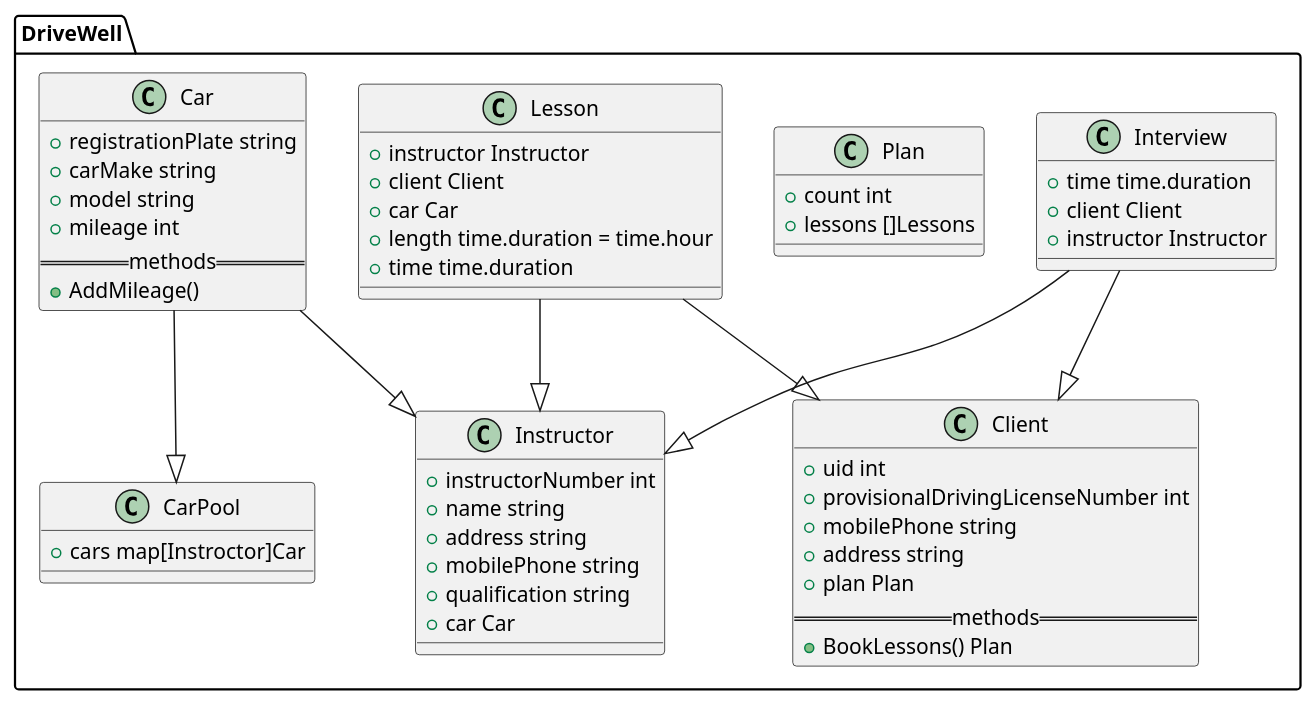
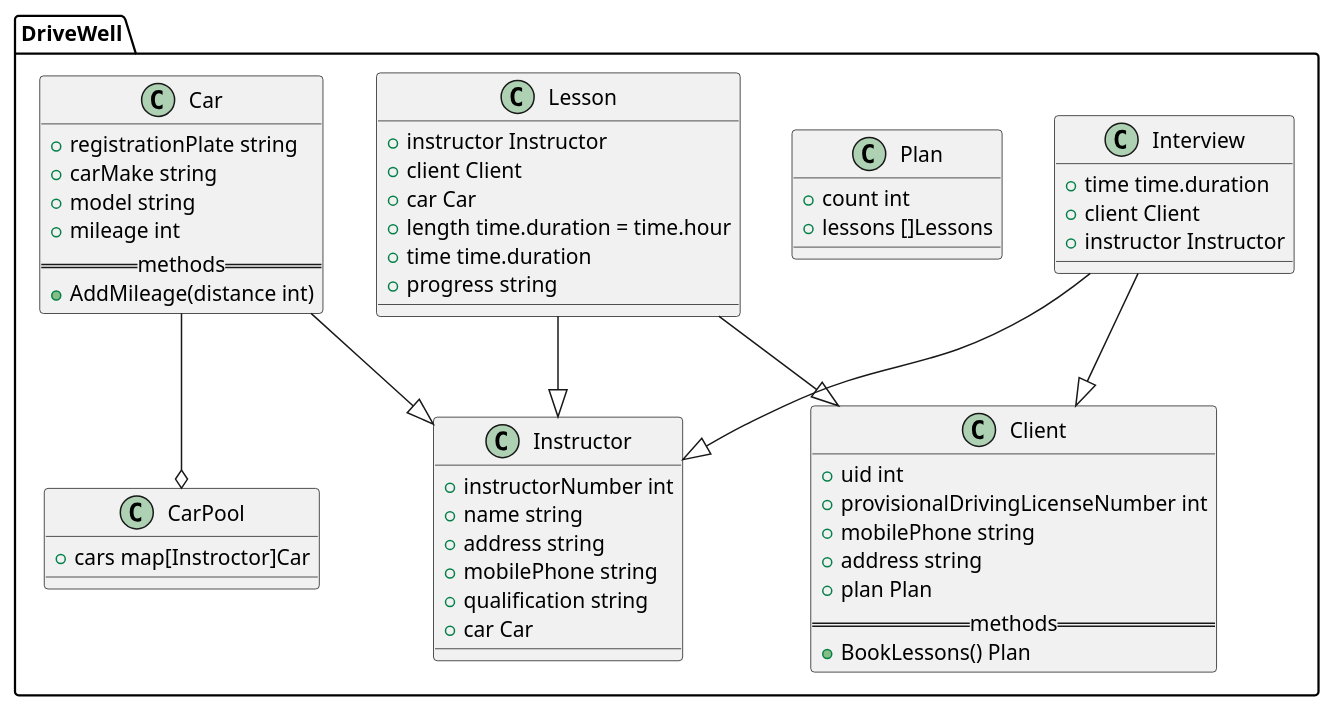
One commit to Anxiu0101/Semester4LectureNotes changed the second of 2 diagrams in CS335FZ-Software-Engineering-Software-Process/FinalExam/SUMMER 2019 EXAMINATION.md. Above: the diagram before and after it, drawn with PlantUML. The commit also changed other lines of this file, not shown here.

Commit message:
vault backup: 2022-06-21 14:39:22

````diff
--- a/CS335FZ-Software-Engineering-Software-Process/FinalExam/SUMMER 2019 EXAMINATION.md
+++ b/CS335FZ-Software-Engineering-Software-Process/FinalExam/SUMMER 2019 EXAMINATION.md
@@ -37,60 +39,61 @@
 ```puml
 package DriveWell {
 	class Instructor {
 		+ instructorNumber int
 		+ name string
 		+ address string
 		+ mobilePhone string
 		+ qualification string
 		+ car Car
 	}
 	
 	class Interview {
 		+ time time.duration
 		+ client Client
 		+ instructor Instructor
 	}
 	Interview --|> Client
 	Interview --|> Instructor
 	
 	class Client {
 		+ uid int
 		+ provisionalDrivingLicenseNumber int
 		+ mobilePhone string
 		+ address string
 		+ plan Plan
 		== methods ==
 		+ BookLessons() Plan
 	}
 	
 	class Plan {
 		+ count int
 		+ lessons []Lessons
 	}
 	
 	class Lesson {
 		+ instructor Instructor
 		+ client Client
 		+ car Car
 		+ length time.duration = time.hour
 		+ time time.duration
+		+ progress string
 	}
 	Lesson --|> Client
 	Lesson --|> Instructor
 	
 	class Car {
 		+ registrationPlate string
 		+ carMake string
 		+ model string
 		+ mileage int
 		== methods ==
-		+ AddMileage()
+		+ AddMileage(distance int)
 	}
 	Car --|> Instructor
 	
 	class CarPool {
 		+ cars map[Instroctor]Car
 	}
-	Car --|> CarPool
+	Car --o CarPool
 }
 ```
````
